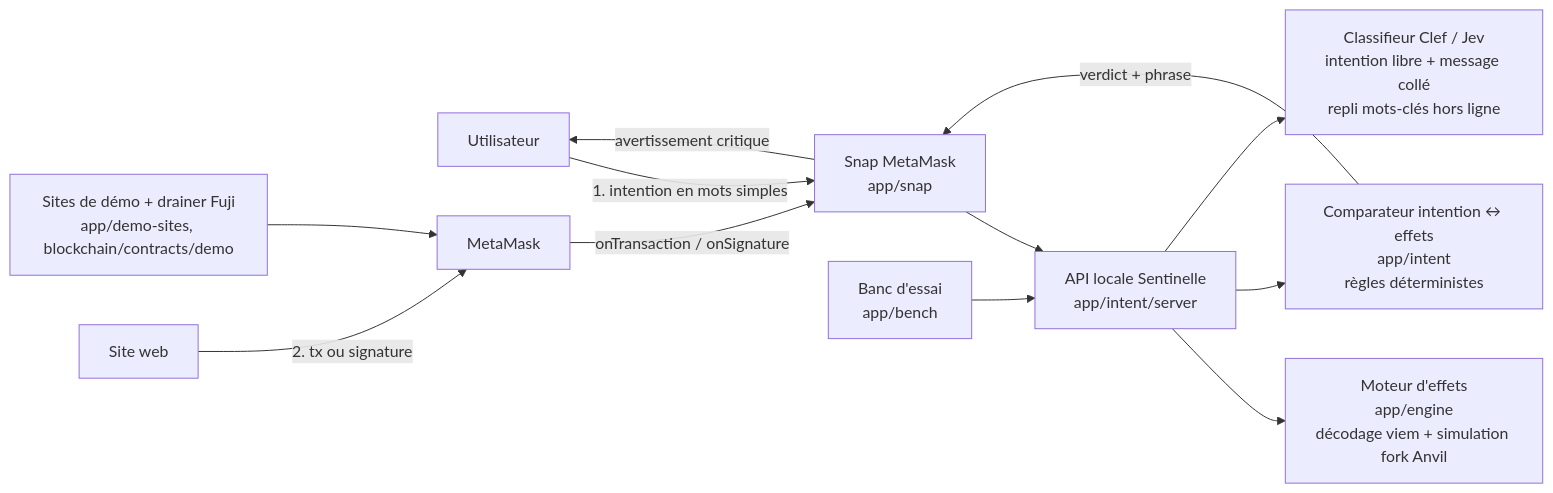
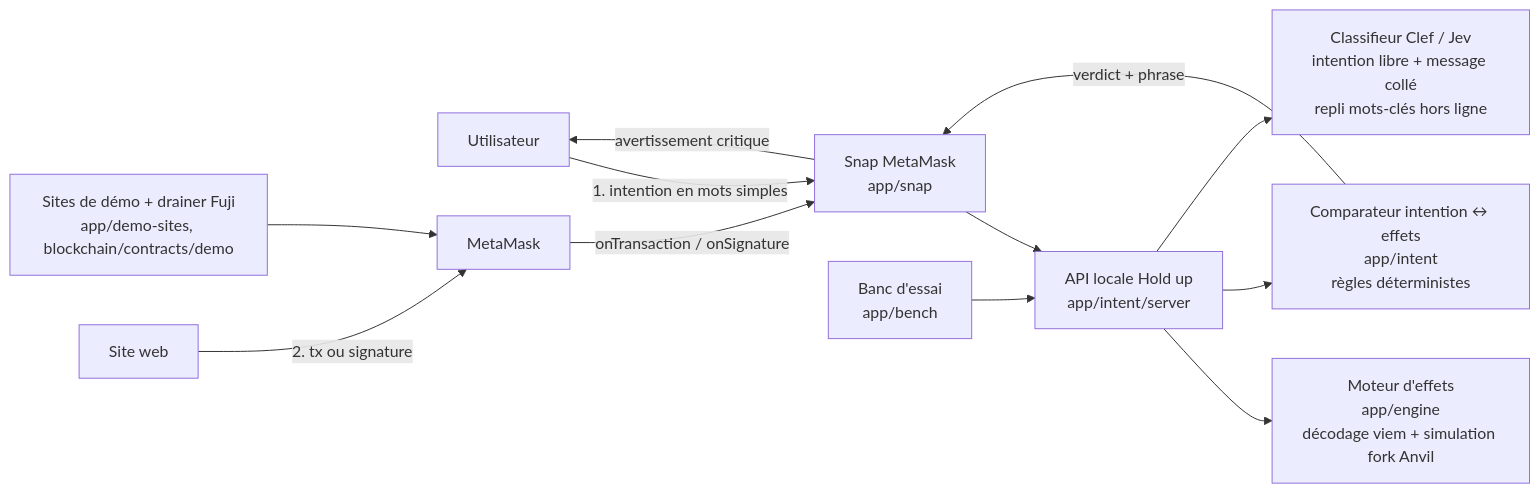
One commit to adembnn/secure-horizon changed the diagram in docs/intent-barrier.md. Above: the diagram before and after it, drawn with Mermaid. The commit also changed other lines of this file and 105 other files, not shown here.

````diff
--- a/docs/intent-barrier.md
+++ b/docs/intent-barrier.md
@@ -11,14 +11,14 @@
 ```mermaid
 flowchart LR
   U[Utilisateur] -->|1. intention en mots simples| SNAP[Snap MetaMask<br/>app/snap]
   DAPP[Site web] -->|2. tx ou signature| MM[MetaMask]
   MM -->|onTransaction / onSignature| SNAP
-  SNAP --> API[API locale Sentinelle<br/>app/intent/server]
+  SNAP --> API[API locale Hold up<br/>app/intent/server]
   API --> ENG[Moteur d'effets<br/>app/engine<br/>décodage viem + simulation fork Anvil]
   API --> CMP[Comparateur intention ↔ effets<br/>app/intent<br/>règles déterministes]
   API --> CLS[Classifieur Clef / Jev<br/>intention libre + message collé<br/>repli mots-clés hors ligne]
   CMP -->|verdict + phrase| SNAP
   SNAP -->|avertissement critique| U
   BENCH[Banc d'essai<br/>app/bench] --> API
   DEMO[Sites de démo + drainer Fuji<br/>app/demo-sites, blockchain/contracts/demo] --> MM
 ```
````
